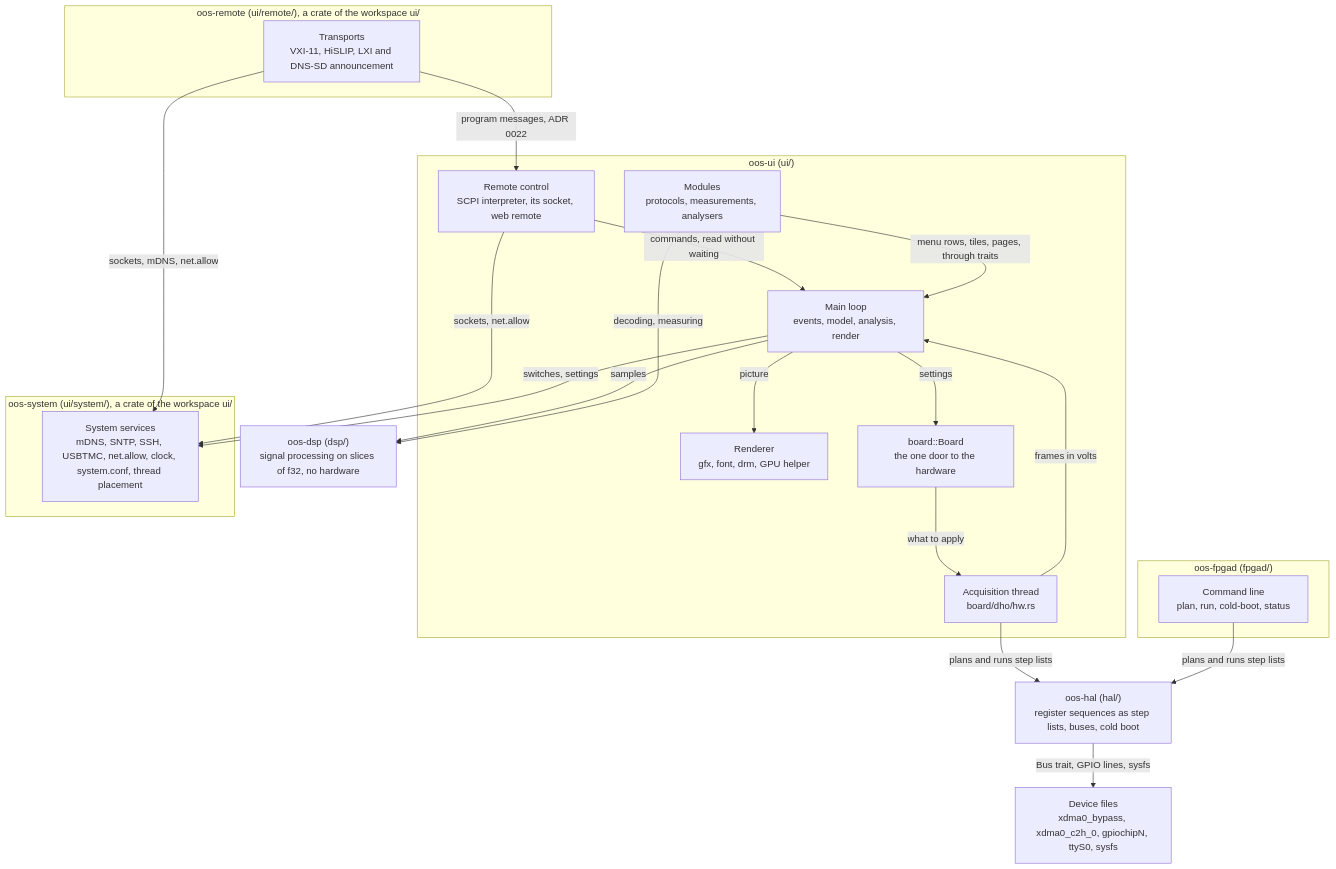
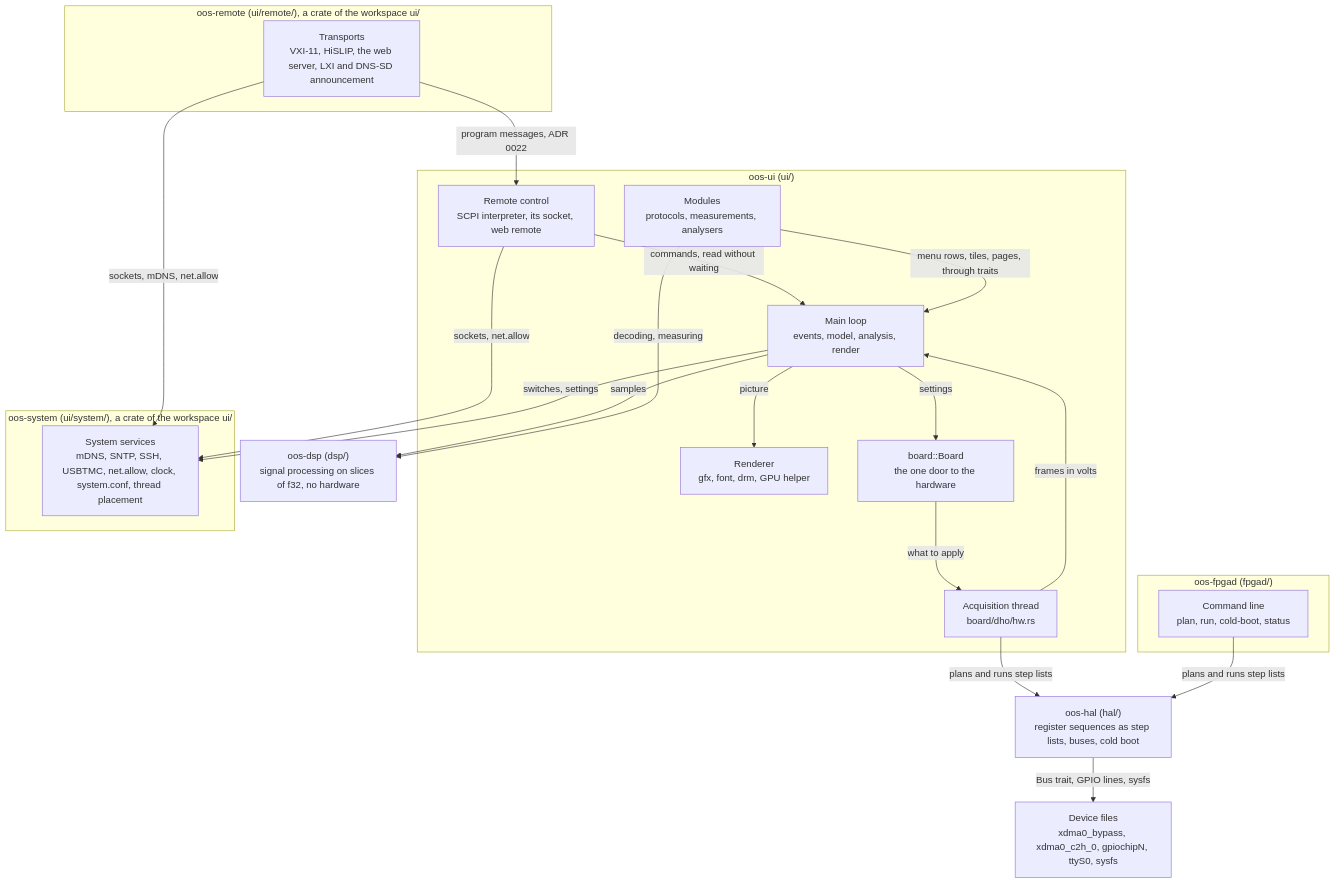
The third of 5 diagrams in docs/architecture.md (deckerjulian/oos), drawn with Mermaid before and after one commit. The commit also changed other lines of this file and 18 other files, not shown here.

First line of the commit message:
Web: the web server is a transport of the crate oos-remote; it asks the screen through the trait Site (#305)

````diff
--- a/docs/architecture.md
+++ b/docs/architecture.md
@@ -91,38 +91,38 @@
 ```mermaid
 flowchart TB
     subgraph uiP["oos-ui (ui/)"]
         remote["Remote control<br/>SCPI interpreter, its socket, web remote"]
         mainloop["Main loop<br/>events, model, analysis, render"]
         mods["Modules<br/>protocols, measurements, analysers"]
         draw["Renderer<br/>gfx, font, drm, GPU helper"]
         board["board::Board<br/>the one door to the hardware"]
         acq["Acquisition thread<br/>board/dho/hw.rs"]
     end
     subgraph remP["oos-remote (ui/remote/), a crate of the workspace ui/"]
-        transports["Transports<br/>VXI-11, HiSLIP, LXI and DNS-SD announcement"]
+        transports["Transports<br/>VXI-11, HiSLIP, the web server, LXI and DNS-SD announcement"]
     end
     subgraph sysP["oos-system (ui/system/), a crate of the workspace ui/"]
         sys["System services<br/>mDNS, SNTP, SSH, USBTMC, net.allow, clock, system.conf, thread placement"]
     end
     subgraph fpgadP["oos-fpgad (fpgad/)"]
         cli["Command line<br/>plan, run, cold-boot, status"]
     end
     dsp["oos-dsp (dsp/)<br/>signal processing on slices of f32, no hardware"]
     hal["oos-hal (hal/)<br/>register sequences as step lists, buses, cold boot"]
     dev["Device files<br/>xdma0_bypass, xdma0_c2h_0, gpiochipN, ttyS0, sysfs"]
     remote -- "commands, read without waiting" --> mainloop
     remote -- "sockets, net.allow" --> sys
     transports -- "program messages, ADR 0022" --> remote
     transports -- "sockets, mDNS, net.allow" --> sys
     mainloop -- "switches, settings" --> sys
     mods -- "menu rows, tiles, pages, through traits" --> mainloop
     mainloop -- "picture" --> draw
     mainloop -- "settings" --> board
     board -- "what to apply" --> acq
     acq -- "frames in volts" --> mainloop
     mainloop -- "samples" --> dsp
     mods -- "decoding, measuring" --> dsp
     acq -- "plans and runs step lists" --> hal
     cli -- "plans and runs step lists" --> hal
     hal -- "Bus trait, GPIO lines, sysfs" --> dev
 ```
````
